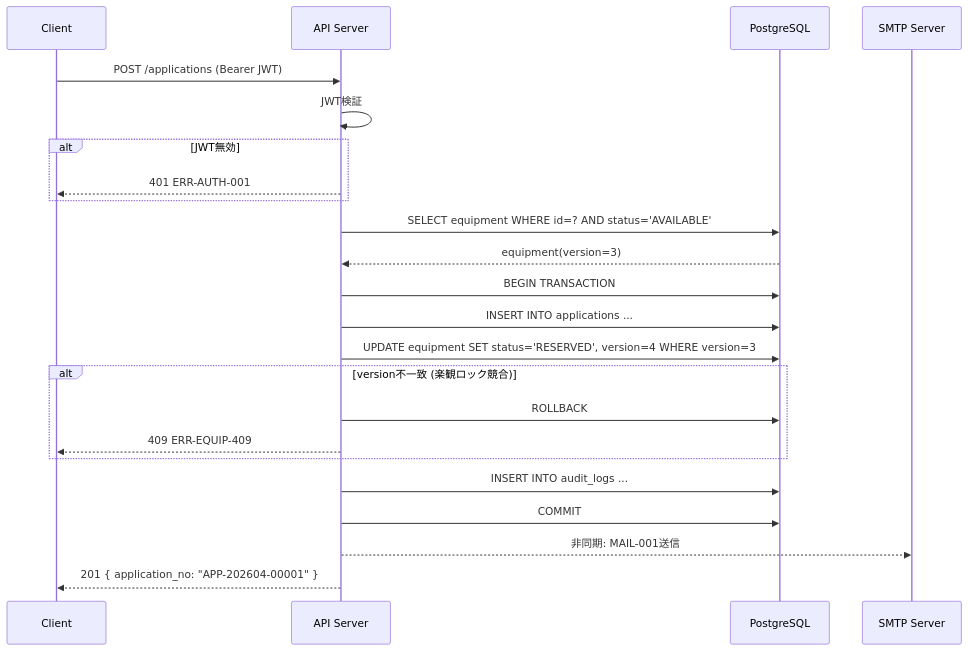
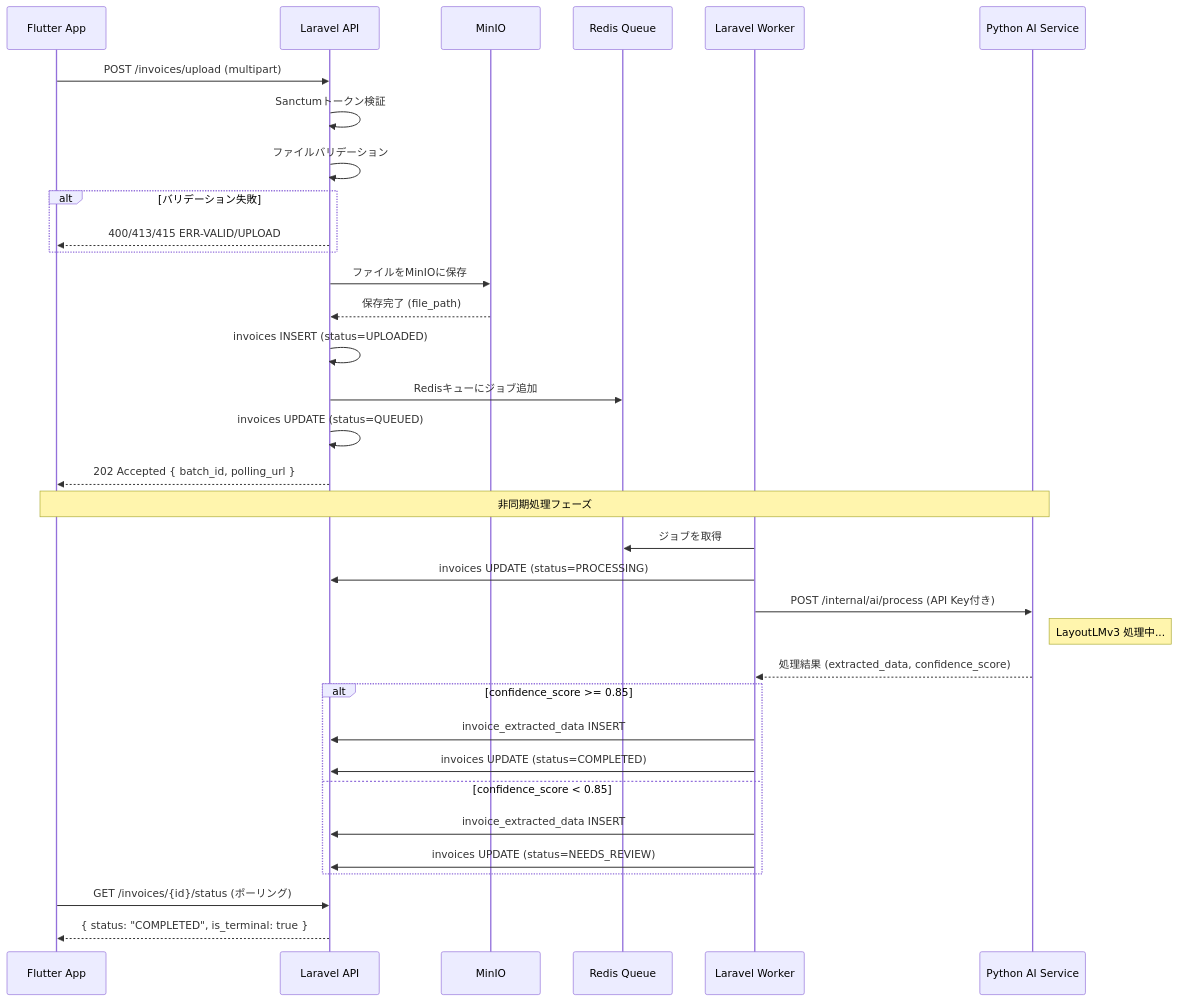
The diagram in basicdesign/buoi-05.md (tuyenpx2/designcourse), drawn with Mermaid before and after one commit. The commit also changed other lines of this file and 23 other files, not shown here.

````diff
--- a/basicdesign/buoi-05.md
+++ b/basicdesign/buoi-05.md
@@ -541,32 +619,44 @@
 ```mermaid
 sequenceDiagram
-    participant C as Client
-    participant A as API Server
-    participant D as PostgreSQL
-    participant S as SMTP Server
+    participant F as Flutter App
+    participant L as Laravel API
+    participant M as MinIO
+    participant R as Redis Queue
+    participant W as Laravel Worker
+    participant P as Python AI Service
 
-    C->>A: POST /applications (Bearer JWT)
-    A->>A: JWT検証
+    F->>L: POST /invoices/upload (multipart)
+    L->>L: Sanctumトークン検証
+    L->>L: ファイルバリデーション
 
-    alt JWT無効
-        A-->>C: 401 ERR-AUTH-001
+    alt バリデーション失敗
+        L-->>F: 400/413/415 ERR-VALID/UPLOAD
     end
 
-    A->>D: SELECT equipment WHERE id=? AND status='AVAILABLE'
-    D-->>A: equipment(version=3)
+    L->>M: ファイルをMinIOに保存
+    M-->>L: 保存完了 (file_path)
 
-    A->>D: BEGIN TRANSACTION
-    A->>D: INSERT INTO applications ...
-    A->>D: UPDATE equipment SET status='RESERVED', version=4 WHERE version=3
+    L->>L: invoices INSERT (status=UPLOADED)
+    L->>R: Redisキューにジョブ追加
+    L->>L: invoices UPDATE (status=QUEUED)
+    L-->>F: 202 Accepted { batch_id, polling_url }
 
-    alt version不一致 (楽観ロック競合)
-        A->>D: ROLLBACK
-        A-->>C: 409 ERR-EQUIP-409
+    Note over F,P: 非同期処理フェーズ
+
+    W->>R: ジョブを取得
+    W->>L: invoices UPDATE (status=PROCESSING)
+    W->>P: POST /internal/ai/process (API Key付き)
+    Note right of P: LayoutLMv3 処理中...
+    P-->>W: 処理結果 (extracted_data, confidence_score)
+
+    alt confidence_score >= 0.85
+        W->>L: invoice_extracted_data INSERT
+        W->>L: invoices UPDATE (status=COMPLETED)
+    else confidence_score < 0.85
+        W->>L: invoice_extracted_data INSERT
+        W->>L: invoices UPDATE (status=NEEDS_REVIEW)
     end
 
-    A->>D: INSERT INTO audit_logs ...
-    A->>D: COMMIT
-
-    A-->>S: 非同期: MAIL-001送信
-    A-->>C: 201 { application_no: "APP-202604-00001" }
+    F->>L: GET /invoices/{id}/status (ポーリング)
+    L-->>F: { status: "COMPLETED", is_terminal: true }
 ```
````
